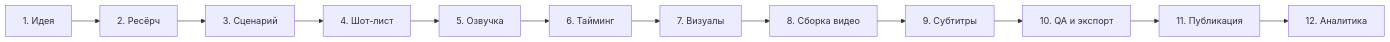
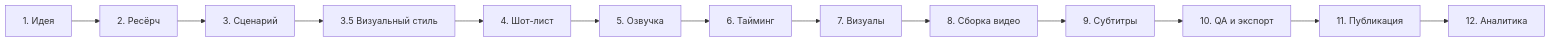
One commit to onetigerr/novaclips changed the diagram in docs/production-plan-ru.md. Above: the diagram before and after it, drawn with Mermaid. The commit also changed other lines of this file and 27 other files, not shown here.

````diff
--- a/docs/production-plan-ru.md
+++ b/docs/production-plan-ru.md
@@ -21,14 +21,15 @@
 ```mermaid
 flowchart LR
     A[1. Идея] --> B[2. Ресёрч]
     B --> C[3. Сценарий]
-    C --> D[4. Шот-лист]
+    C --> CA[3.5 Визуальный стиль]
+    CA --> D[4. Шот-лист]
     D --> E[5. Озвучка]
     E --> F[6. Тайминг]
     F --> G[7. Визуалы]
     G --> H[8. Сборка видео]
     H --> I[9. Субтитры]
     I --> J[10. QA и экспорт]
     J --> K[11. Публикация]
     K --> L[12. Аналитика]
 ```
````
